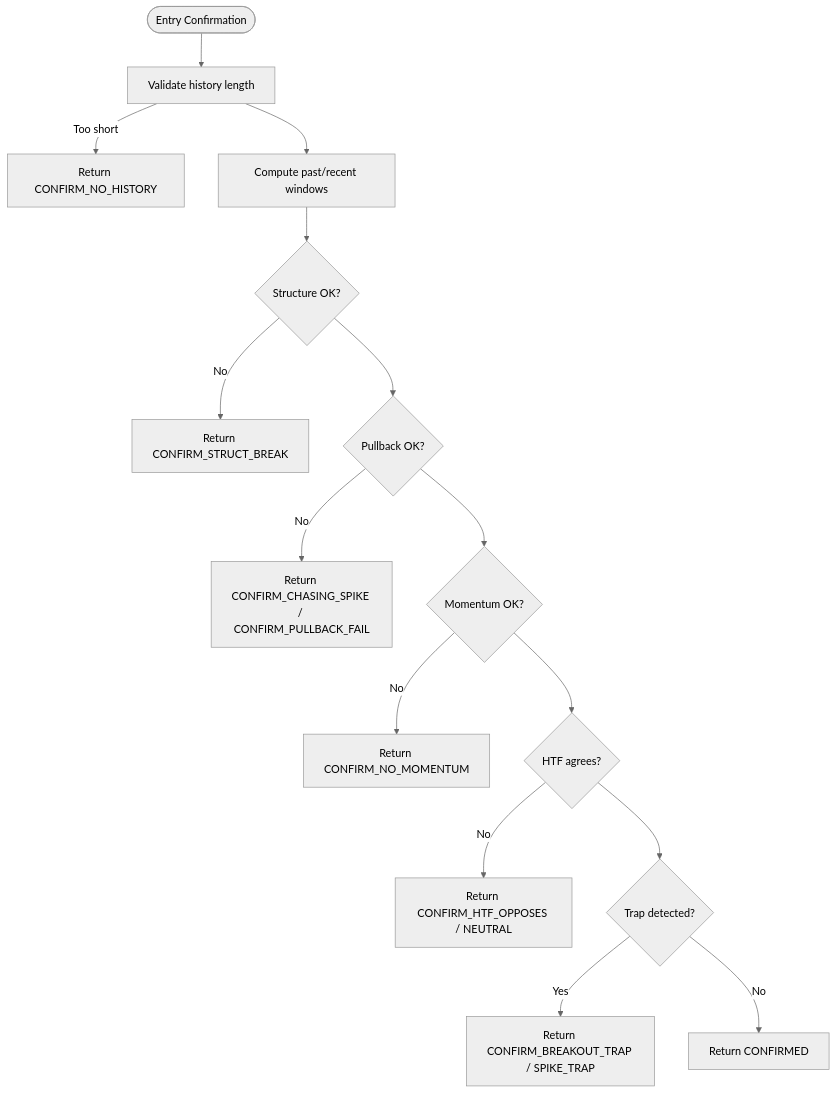
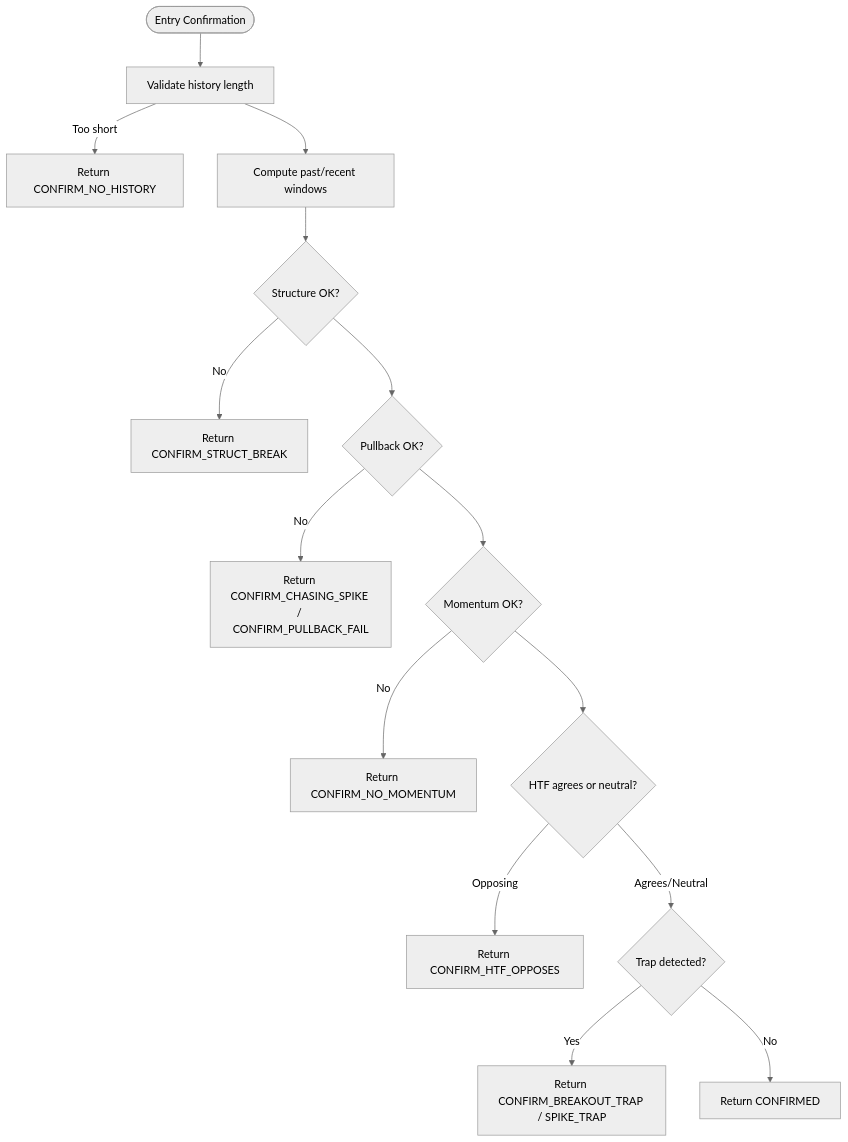
Before and after one commit to tauqeersiddiqui-art/tradingsystem: the fourth of 8 diagrams in .qoder/repowiki/en/content/Development Guide/Testing Framework/Unit Testing.md, drawn with Mermaid (neutral theme). The commit also changed other lines of this file and 63 other files, not shown here.

````diff
--- a/.qoder/repowiki/en/content/Development Guide/Testing Framework/Unit Testing.md
+++ b/.qoder/repowiki/en/content/Development Guide/Testing Framework/Unit Testing.md
@@ -127,17 +141,17 @@
 ```mermaid
 flowchart TD
 Start(["Entry Confirmation"]) --> History["Validate history length"]
 History --> |Too short| BlockNoHistory["Return CONFIRM_NO_HISTORY"]
 History --> Windows["Compute past/recent windows"]
 Windows --> Structure{"Structure OK?"}
 Structure --> |No| BlockStruct["Return CONFIRM_STRUCT_BREAK"]
 Structure --> Pullback{"Pullback OK?"}
 Pullback --> |No| BlockChase["Return CONFIRM_CHASING_SPIKE / CONFIRM_PULLBACK_FAIL"]
 Pullback --> Momentum{"Momentum OK?"}
 Momentum --> |No| BlockMom["Return CONFIRM_NO_MOMENTUM"]
-Momentum --> HTF{"HTF agrees?"}
-HTF --> |No| BlockHTF["Return CONFIRM_HTF_OPPOSES / NEUTRAL"]
-HTF --> Traps{"Trap detected?"}
+Momentum --> HTF{"HTF agrees or neutral?"}
+HTF --> |Opposing| BlockHTF["Return CONFIRM_HTF_OPPOSES"]
+HTF --> |Agrees/Neutral| Traps{"Trap detected?"}
 Traps --> |Yes| BlockTrap["Return CONFIRM_BREAKOUT_TRAP / SPIKE_TRAP"]
 Traps --> |No| Confirm["Return CONFIRMED"]
 ```
````
